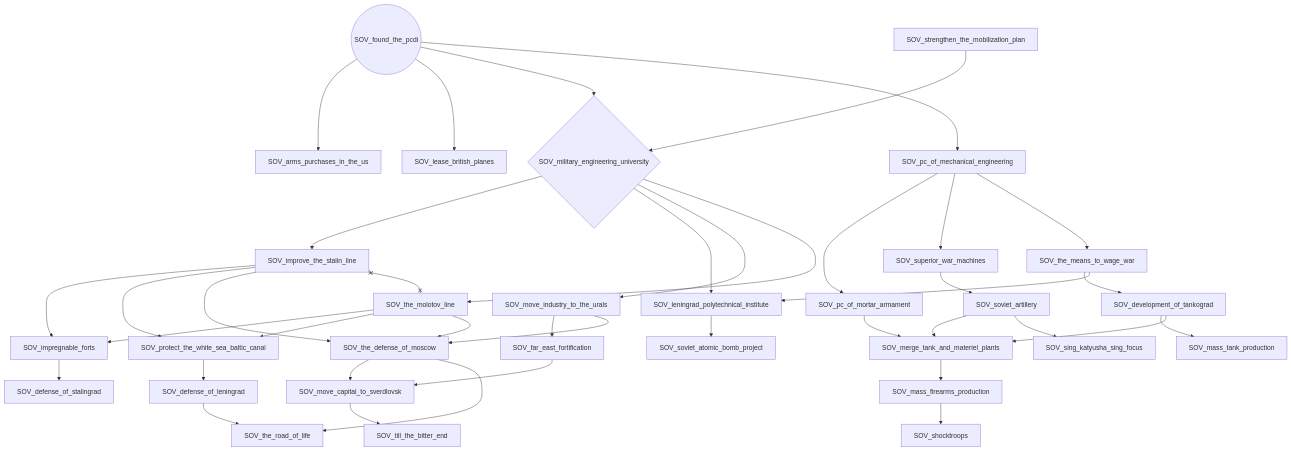
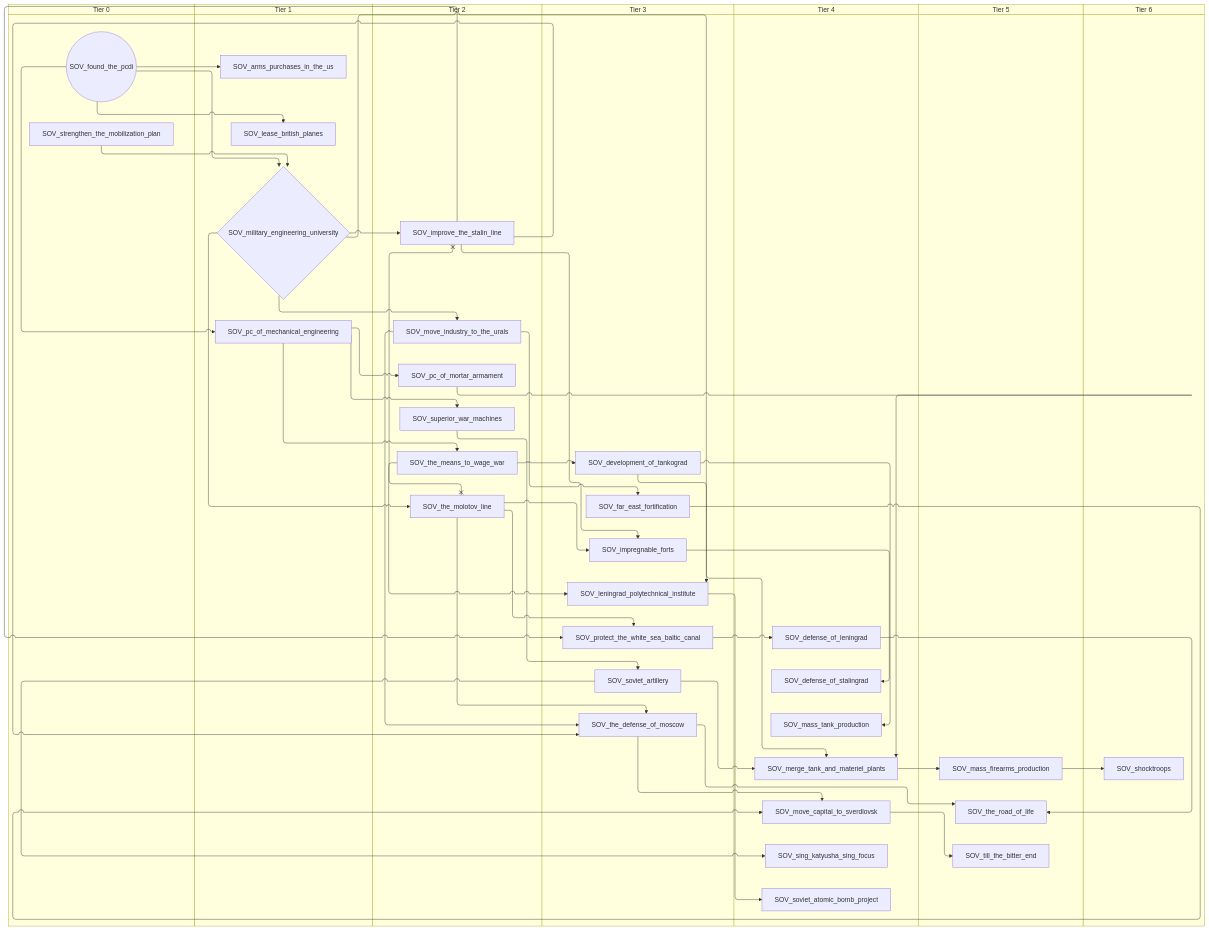
The fourth of 9 diagrams in docs/gdd/National Focuses/r56/soviet.md (evgeny-sobol/hoi4-sandbox-mode-r56), drawn with Mermaid before and after one commit. The commit also changed other lines of this file and 423 other files, not shown here.

First line of the commit message:
Re-export Rt56 focus trees as swimlane diagrams

````diff
--- a/docs/gdd/National Focuses/r56/soviet.md
+++ b/docs/gdd/National Focuses/r56/soviet.md
@@ -450,72 +522,86 @@
 ```mermaid
-flowchart TD
-    n171["SOV_arms_purchases_in_the_us"]
-    n172["SOV_defense_of_leningrad"]
-    n173["SOV_defense_of_stalingrad"]
-    n174["SOV_development_of_tankograd"]
-    n175["SOV_far_east_fortification"]
-    n176(("SOV_found_the_pcdi"))
-    n177["SOV_impregnable_forts"]
-    n178["SOV_improve_the_stalin_line"]
-    n179["SOV_lease_british_planes"]
-    n180["SOV_leningrad_polytechnical_institute"]
-    n181["SOV_mass_firearms_production"]
-    n182["SOV_mass_tank_production"]
-    n183["SOV_merge_tank_and_materiel_plants"]
-    n184{"SOV_military_engineering_university"}
-    n185["SOV_move_capital_to_sverdlovsk"]
-    n186["SOV_move_industry_to_the_urals"]
-    n187["SOV_pc_of_mechanical_engineering"]
-    n188["SOV_pc_of_mortar_armament"]
-    n189["SOV_protect_the_white_sea_baltic_canal"]
-    n190["SOV_shocktroops"]
-    n191["SOV_sing_katyusha_sing_focus"]
-    n192["SOV_soviet_artillery"]
-    n193["SOV_soviet_atomic_bomb_project"]
-    n194["SOV_strengthen_the_mobilization_plan"]
-    n195["SOV_superior_war_machines"]
-    n196["SOV_the_defense_of_moscow"]
-    n197["SOV_the_means_to_wage_war"]
-    n198["SOV_the_molotov_line"]
-    n199["SOV_the_road_of_life"]
-    n200["SOV_till_the_bitter_end"]
-    n176 --> n171
-    n189 --> n172
-    n177 --> n173
-    n197 --> n174
-    n186 --> n175
-    n178 --> n177
-    n198 --> n177
-    n184 --> n178
+swimlane-beta TD
+    subgraph tier_0["Tier 0"]
+        n171(("SOV_found_the_pcdi"))
+        n172["SOV_strengthen_the_mobilization_plan"]
+    end
+    subgraph tier_1["Tier 1"]
+        n173["SOV_arms_purchases_in_the_us"]
+        n174["SOV_lease_british_planes"]
+        n175{"SOV_military_engineering_university"}
+        n176["SOV_pc_of_mechanical_engineering"]
+    end
+    subgraph tier_2["Tier 2"]
+        n177["SOV_improve_the_stalin_line"]
+        n178["SOV_move_industry_to_the_urals"]
+        n179["SOV_pc_of_mortar_armament"]
+        n180["SOV_superior_war_machines"]
+        n181["SOV_the_means_to_wage_war"]
+        n182["SOV_the_molotov_line"]
+    end
+    subgraph tier_3["Tier 3"]
+        n183["SOV_development_of_tankograd"]
+        n184["SOV_far_east_fortification"]
+        n185["SOV_impregnable_forts"]
+        n186["SOV_leningrad_polytechnical_institute"]
+        n187["SOV_protect_the_white_sea_baltic_canal"]
+        n188["SOV_soviet_artillery"]
+        n189["SOV_the_defense_of_moscow"]
+    end
+    subgraph tier_4["Tier 4"]
+        n190["SOV_defense_of_leningrad"]
+        n191["SOV_defense_of_stalingrad"]
+        n192["SOV_mass_tank_production"]
+        n193["SOV_merge_tank_and_materiel_plants"]
+        n194["SOV_move_capital_to_sverdlovsk"]
+        n195["SOV_sing_katyusha_sing_focus"]
+        n196["SOV_soviet_atomic_bomb_project"]
+    end
+    subgraph tier_5["Tier 5"]
+        n197["SOV_mass_firearms_production"]
+        n198["SOV_the_road_of_life"]
+        n199["SOV_till_the_bitter_end"]
+    end
+    subgraph tier_6["Tier 6"]
+        n200["SOV_shocktroops"]
+    end
+    n171 --> n173
+    n187 --> n190
+    n185 --> n191
+    n181 --> n183
+    n178 --> n184
+    n177 --> n185
+    n182 --> n185
+    n175 --> n177
+    n171 --> n174
+    n181 --> n186
+    n175 --> n186
+    n193 --> n197
+    n183 --> n192
+    n183 --> n193
+    n179 --> n193
+    n188 --> n193
+    n171 --> n175
+    n172 --> n175
+    n189 --> n194
+    n184 --> n194
+    n175 --> n178
+    n171 --> n176
     n176 --> n179
-    n197 --> n180
-    n184 --> n180
-    n183 --> n181
-    n174 --> n182
-    n174 --> n183
-    n188 --> n183
-    n192 --> n183
-    n176 --> n184
-    n194 --> n184
-    n196 --> n185
-    n175 --> n185
-    n184 --> n186
-    n176 --> n187
-    n187 --> n188
-    n198 --> n189
+    n182 --> n187
+    n177 --> n187
+    n197 --> n200
+    n188 --> n195
+    n180 --> n188
+    n186 --> n196
+    n176 --> n180
     n178 --> n189
-    n181 --> n190
-    n192 --> n191
-    n195 --> n192
-    n180 --> n193
-    n187 --> n195
-    n186 --> n196
-    n178 --> n196
-    n198 --> n196
-    n187 --> n197
-    n184 --> n198
-    n196 --> n199
-    n172 --> n199
-    n185 --> n200
-    n178 x--x n198
+    n177 --> n189
+    n182 --> n189
+    n176 --> n181
+    n175 --> n182
+    n189 --> n198
+    n190 --> n198
+    n194 --> n199
+    n177 x--x n182
 ```
````
